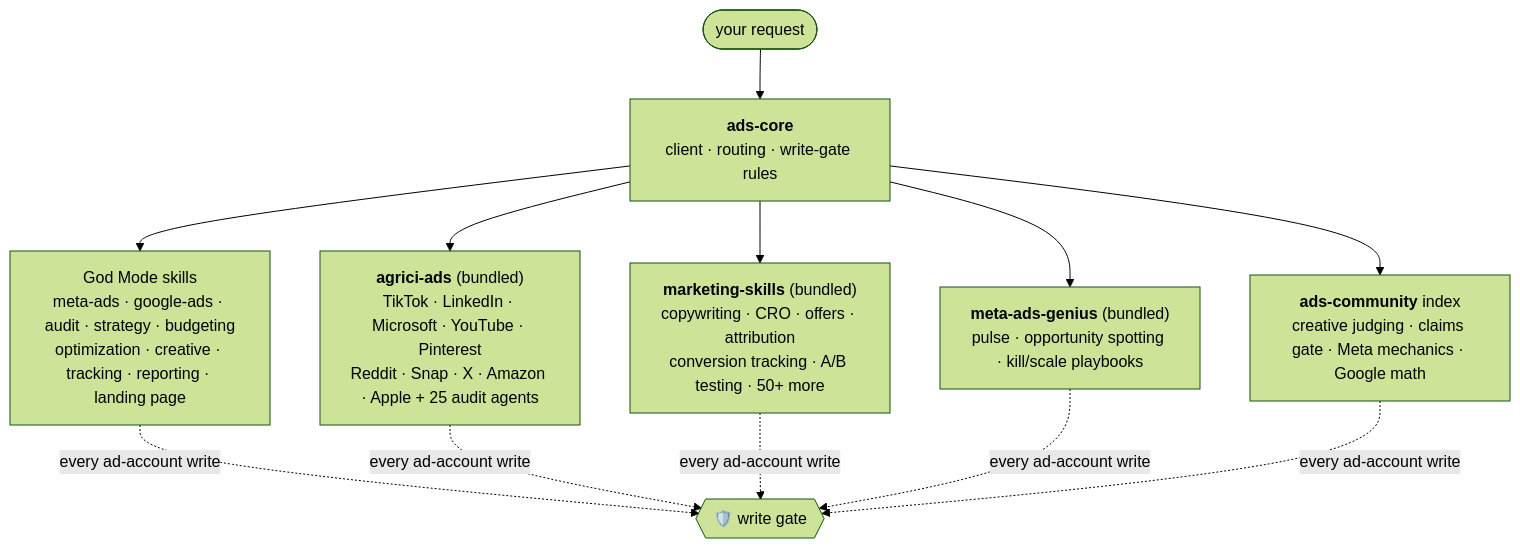
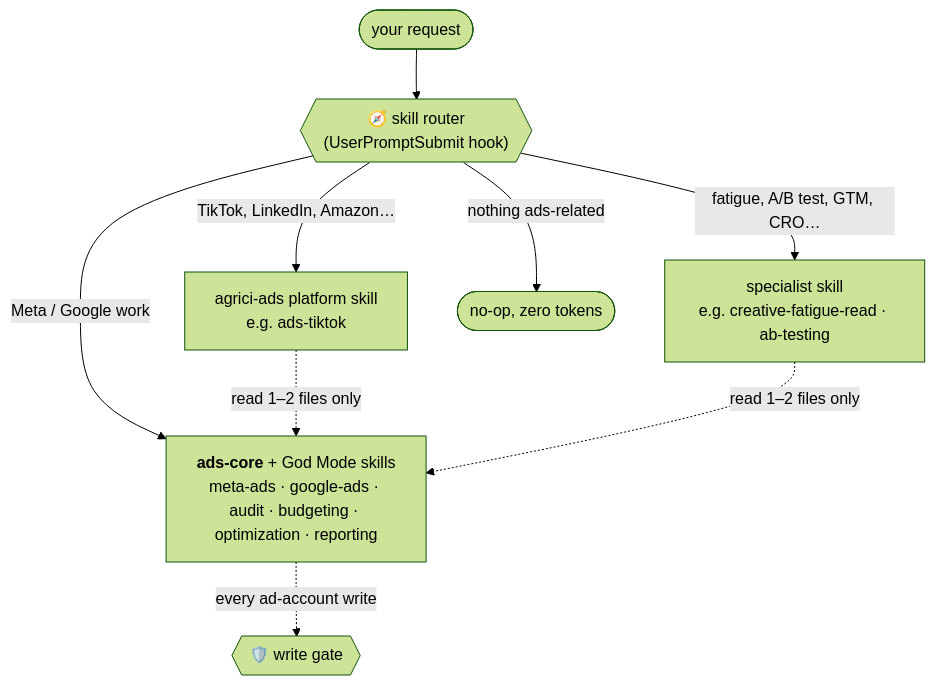
Before and after one commit to F0rger123/claude-meta-ads-god-mode: the second of 3 diagrams in README.md, drawn with Mermaid (forest theme). The commit also changed other lines of this file and 20 other files, not shown here.

First line of the commit message:
v0.4.0: on-demand skill routing instead of preloading companions

````diff
--- a/README.md
+++ b/README.md
@@ -200,10 +200,10 @@
 ```mermaid
 flowchart TB
-    U([your request]) --> CORE["<b>ads-core</b><br/>client · routing · write-gate rules"]
-    CORE --> OWN["God Mode skills<br/>meta-ads · google-ads · audit · strategy · budgeting<br/>optimization · creative · tracking · reporting · landing page"]
-    CORE --> C1["<b>agrici-ads</b> (bundled)<br/>TikTok · LinkedIn · Microsoft · YouTube · Pinterest<br/>Reddit · Snap · X · Amazon · Apple + 25 audit agents"]
-    CORE --> C2["<b>marketing-skills</b> (bundled)<br/>copywriting · CRO · offers · attribution<br/>conversion tracking · A/B testing · 50+ more"]
-    CORE --> C3["<b>meta-ads-genius</b> (bundled)<br/>pulse · opportunity spotting · kill/scale playbooks"]
-    CORE --> C4["<b>ads-community</b> index<br/>creative judging · claims gate · Meta mechanics · Google math"]
-    OWN & C1 & C2 & C3 & C4 -.every ad-account write.-> GATE{{"🛡️ write gate"}}
+    U([your request]) --> R{{"🧭 skill router<br/>(UserPromptSubmit hook)"}}
+    R -- "Meta / Google work" --> CORE["<b>ads-core</b> + God Mode skills<br/>meta-ads · google-ads · audit · budgeting · optimization · reporting"]
+    R -- "TikTok, LinkedIn, Amazon…" --> P["agrici-ads platform skill<br/>e.g. ads-tiktok"]
+    R -- "fatigue, A/B test, GTM, CRO…" --> S["specialist skill<br/>e.g. creative-fatigue-read · ab-testing"]
+    R -- "nothing ads-related" --> N([no-op, zero tokens])
+    P & S -.read 1–2 files only.-> CORE
+    CORE -.every ad-account write.-> GATE{{"🛡️ write gate"}}
 ```
````
